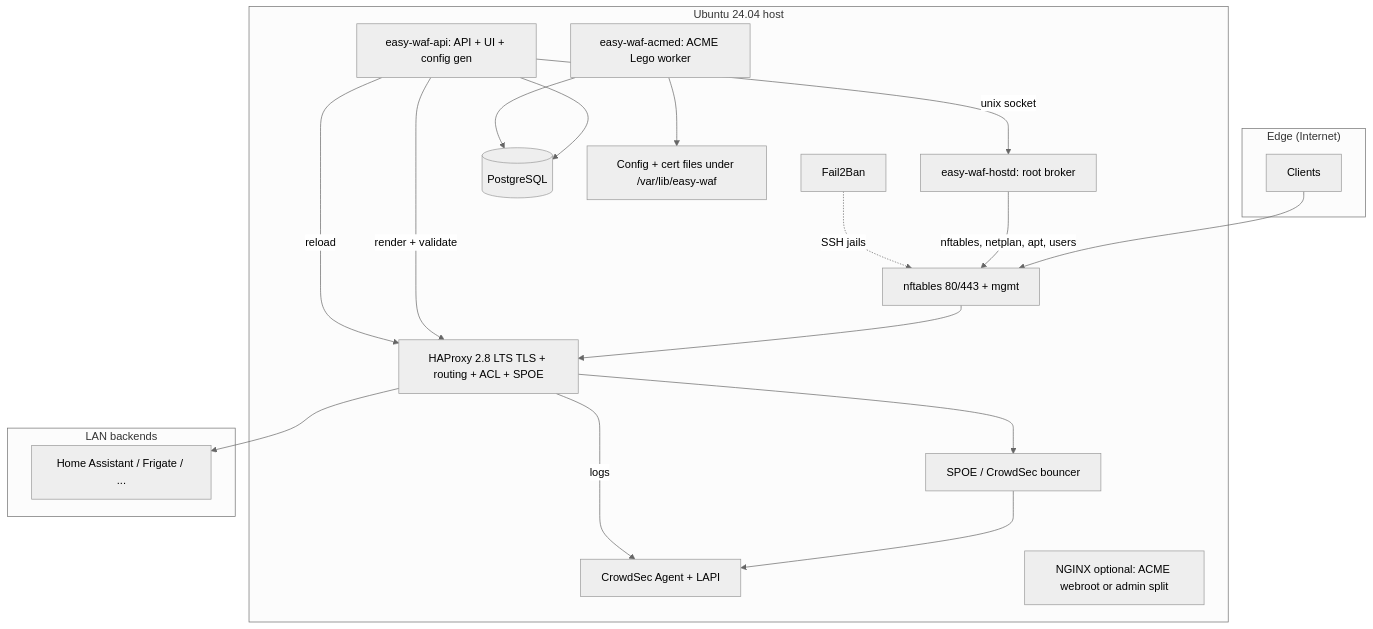
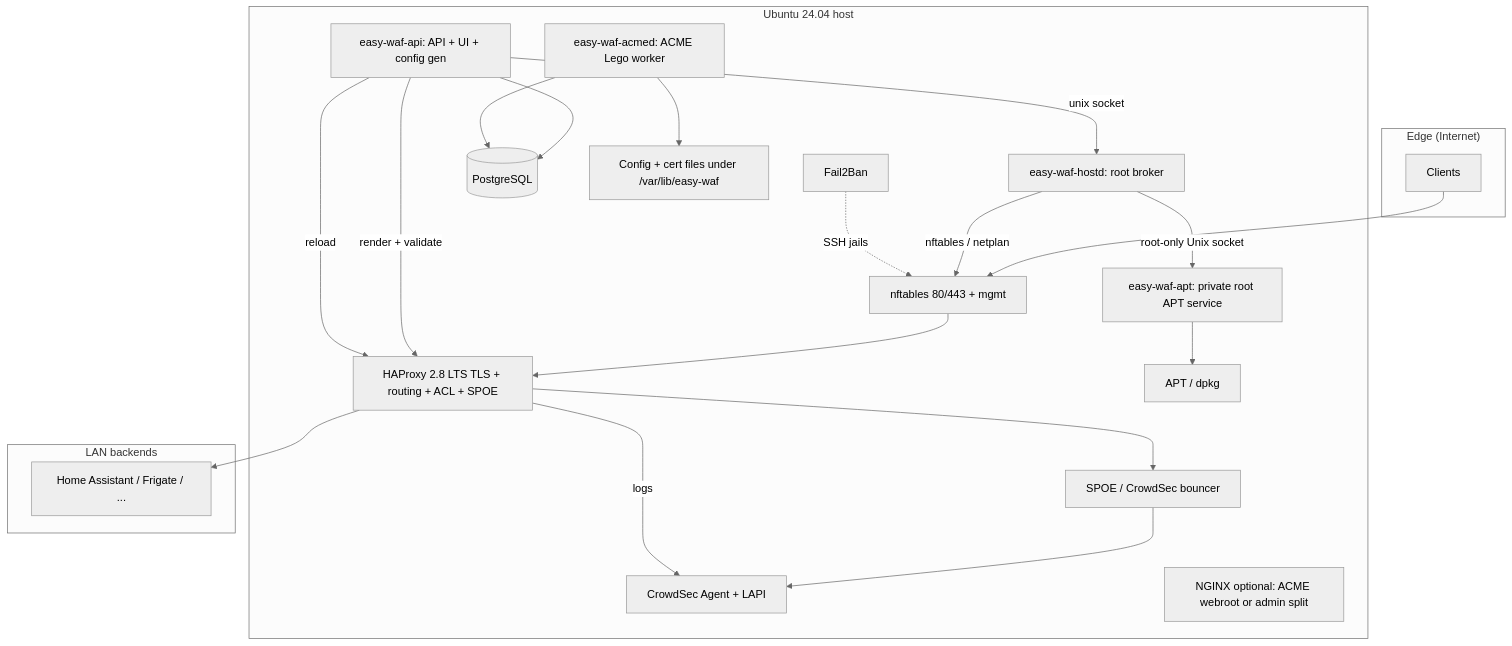
Before and after one commit to sbezpalov/easy-waf: the first of 2 diagrams in docs/ARCHITECTURE.md, drawn with Mermaid (neutral theme). The commit also changed other lines of this file and 31 other files, not shown here.

````diff
--- a/docs/ARCHITECTURE.md
+++ b/docs/ARCHITECTURE.md
@@ -19,35 +19,39 @@
 ```mermaid
 flowchart TB
   subgraph Edge["Edge (Internet)"]
     C[Clients]
   end
   subgraph Host["Ubuntu 24.04 host"]
     FW[nftables 80/443 + mgmt]
     HA[HAProxy 2.8 LTS TLS + routing + ACL + SPOE]
     CS[CrowdSec Agent + LAPI]
     SP[SPOE / CrowdSec bouncer]
     F2[Fail2Ban]
     API[easy-waf-api: API + UI + config gen]
     AC[easy-waf-acmed: ACME Lego worker]
     HD[easy-waf-hostd: root broker]
+    AW[easy-waf-apt: private root APT service]
+    PK[APT / dpkg]
     ST[(PostgreSQL)]
     FS[Config + cert files under /var/lib/easy-waf]
     NG[NGINX optional: ACME webroot or admin split]
   end
   subgraph LAN["LAN backends"]
     B1[Home Assistant / Frigate / ...]
   end
   C --> FW --> HA
   HA --> SP
   SP --> CS
   HA -->|logs| CS
   API -->|render + validate| HA
   API --> ST
   AC --> ST
   AC --> FS
   API -->|reload| HA
   API -->|unix socket| HD
-  HD -->|nftables, netplan, apt, users| FW
+  HD -->|nftables / netplan| FW
+  HD -->|root-only Unix socket| AW
+  AW --> PK
   HA --> B1
   F2 -.->|SSH jails| FW
 ```
````
